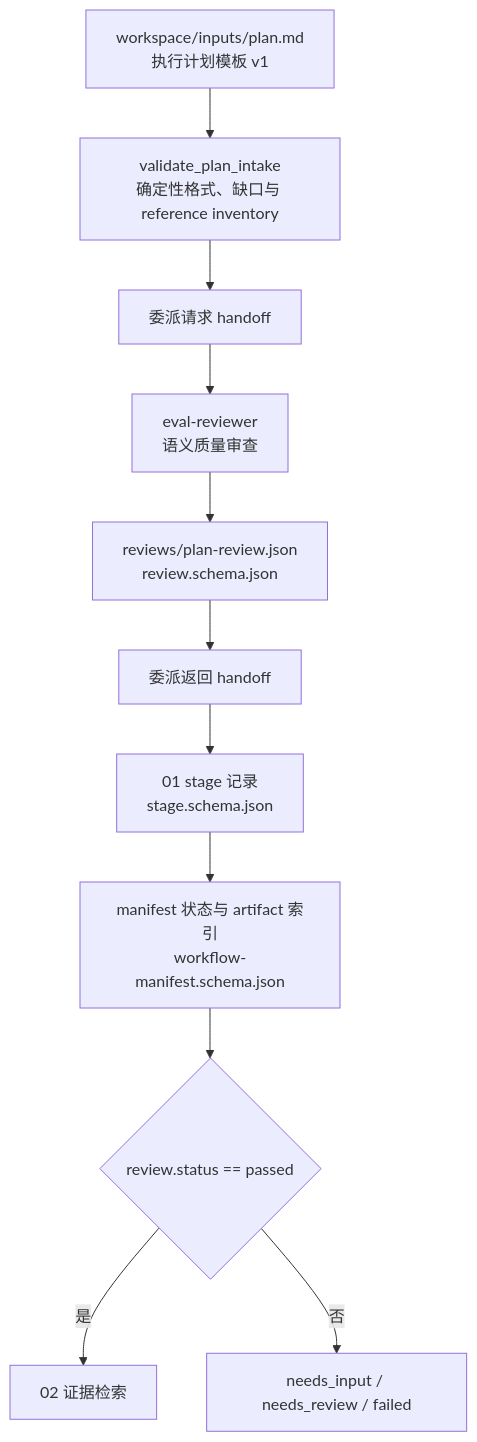
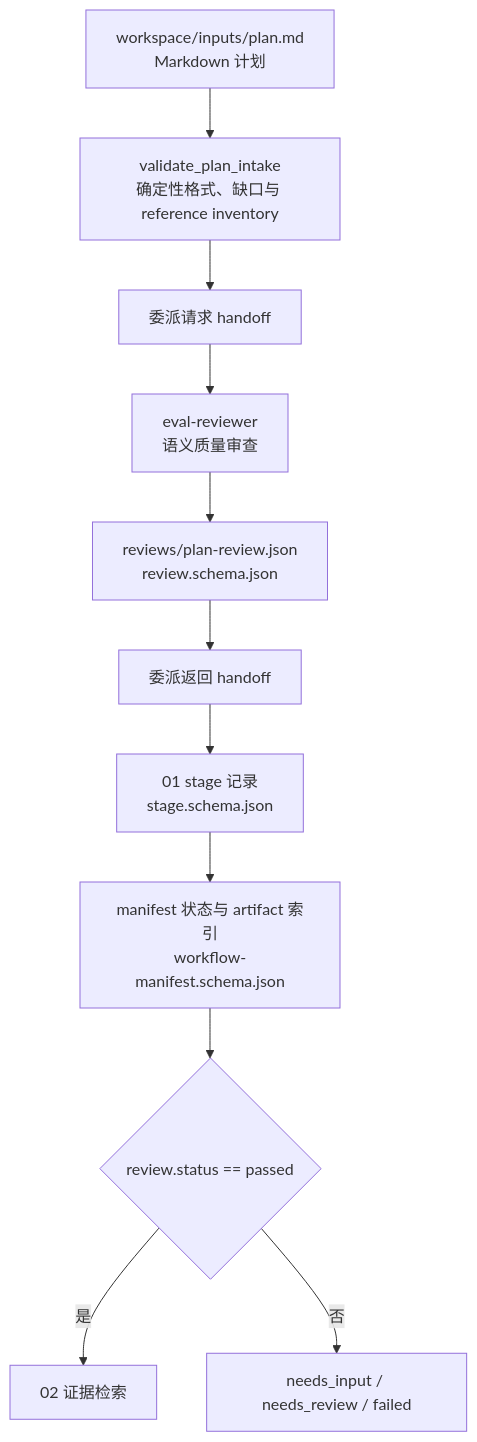
Before and after one commit to mrzed891194322/Harness-driven-LCA-dev-agents: the diagram in harness/specs/01-plan-quality-gate/schema_mapping.md, drawn with Mermaid. The commit also changed other lines of this file and 66 other files, not shown here.

````diff
--- a/harness/specs/01-plan-quality-gate/schema_mapping.md
+++ b/harness/specs/01-plan-quality-gate/schema_mapping.md
@@ -9,18 +9,18 @@
 ```mermaid
 flowchart TD
-    plan["workspace/inputs/plan.md<br/>执行计划模板 v1"]
+    plan["workspace/inputs/plan.md<br/>Markdown 计划"]
     validator["validate_plan_intake<br/>确定性格式、缺口与 reference inventory"]
     request["委派请求 handoff"]
     reviewer["eval-reviewer<br/>语义质量审查"]
     review["reviews/plan-review.json<br/>review.schema.json"]
     returned["委派返回 handoff"]
     stage["01 stage 记录<br/>stage.schema.json"]
     manifest["manifest 状态与 artifact 索引<br/>workflow-manifest.schema.json"]
     pass{"review.status == passed"}
     next["02 证据检索"]
     stop["needs_input / needs_review / failed"]
 
     plan --> validator --> request --> reviewer --> review --> returned --> stage --> manifest --> pass
     pass -->|是| next
     pass -->|否| stop
 ```
````
